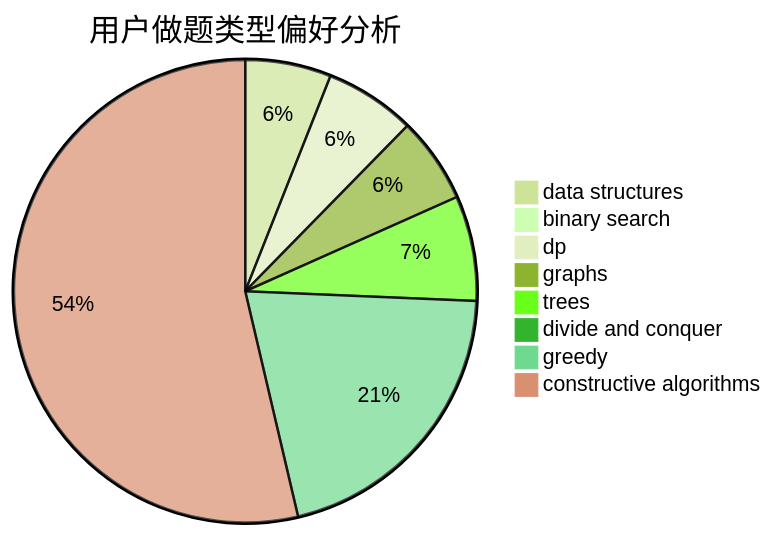
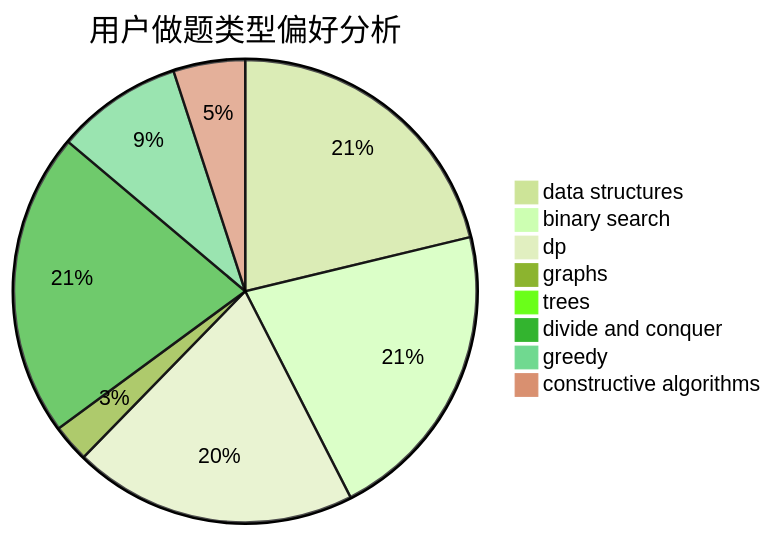
Before and after one commit to sherpahu/cfrs.github.io: the second of 3 diagrams in docs/user/u1251.md, drawn with Mermaid (forest theme). The commit also changed other lines of this file and 2770 other files, not shown here.

````diff
--- a/docs/user/u1251.md
+++ b/docs/user/u1251.md
@@ -23,11 +23,11 @@
 ```mermaid
 pie title 用户做题类型偏好分析
-    "data structures" :  18
-    "binary search" :  0
-    "dp" :  19
-    "graphs" :  18
-    "trees" :  22
-    "divide and conquer" :  0
-    "greedy" :  62
-    "constructive algorithms" :  161
+    "data structures" :  89
+    "binary search" :  89
+    "dp" :  83
+    "graphs" :  11
+    "trees" :  0
+    "divide and conquer" :  89
+    "greedy" :  37
+    "constructive algorithms" :  21
 ```
````
